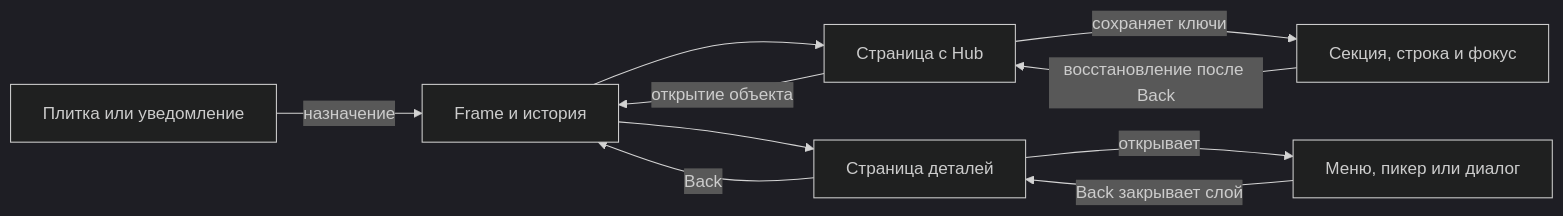
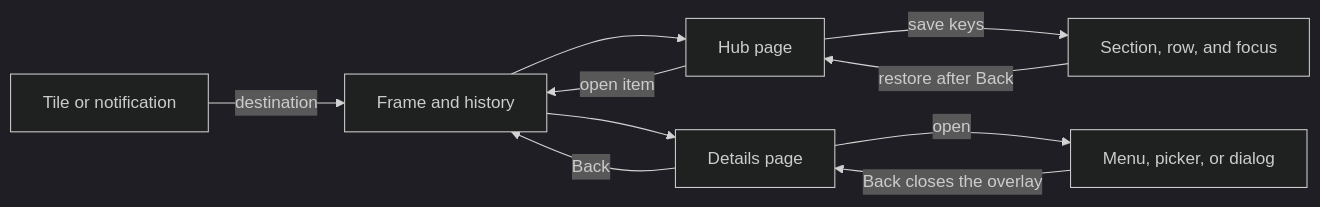
Before and after one commit to kai-shoo/relict-metro-ui: the diagram in docs/flows.md, drawn with Mermaid (dark theme). The commit also changed other lines of this file and 21 other files, not shown here.

````diff
--- a/docs/flows.md
+++ b/docs/flows.md
@@ -26,12 +26,12 @@
 ```mermaid
 flowchart LR
-    Start["Плитка или уведомление"] -->|назначение| Frame["Frame и история"]
-    Frame --> Hub["Страница с Hub"]
-    Frame --> Details["Страница деталей"]
-    Hub -->|открытие объекта| Frame
+    Start["Tile or notification"] -->|destination| Frame["Frame and history"]
+    Frame --> Hub["Hub page"]
+    Frame --> Details["Details page"]
+    Hub -->|open item| Frame
     Details -->|Back| Frame
-    Hub -->|сохраняет ключи| Position["Секция, строка и фокус"]
-    Position -->|восстановление после Back| Hub
-    Details -->|открывает| Overlay["Меню, пикер или диалог"]
-    Overlay -->|Back закрывает слой| Details
+    Hub -->|save keys| Position["Section, row, and focus"]
+    Position -->|restore after Back| Hub
+    Details -->|open| Overlay["Menu, picker, or dialog"]
+    Overlay -->|Back closes the overlay| Details
 ```
````
